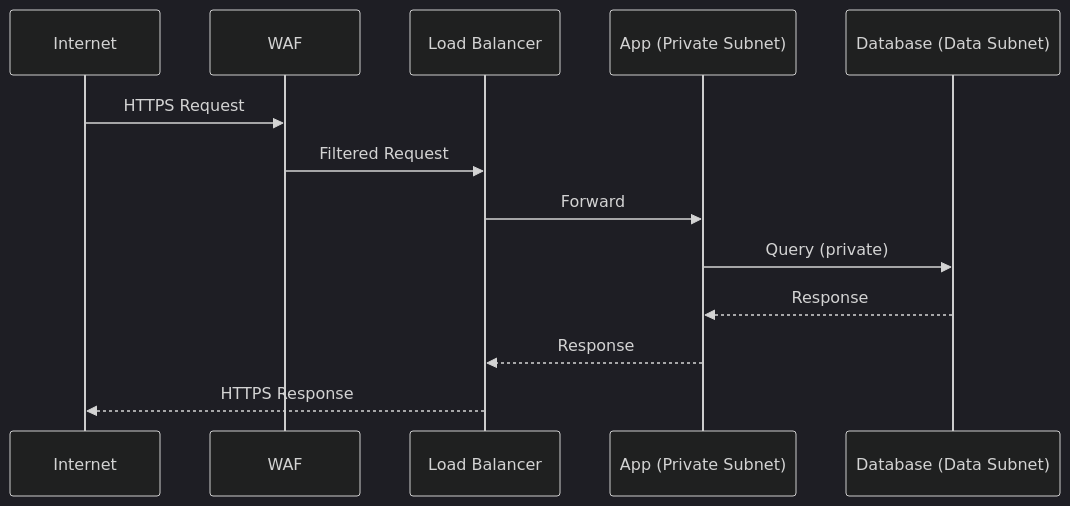
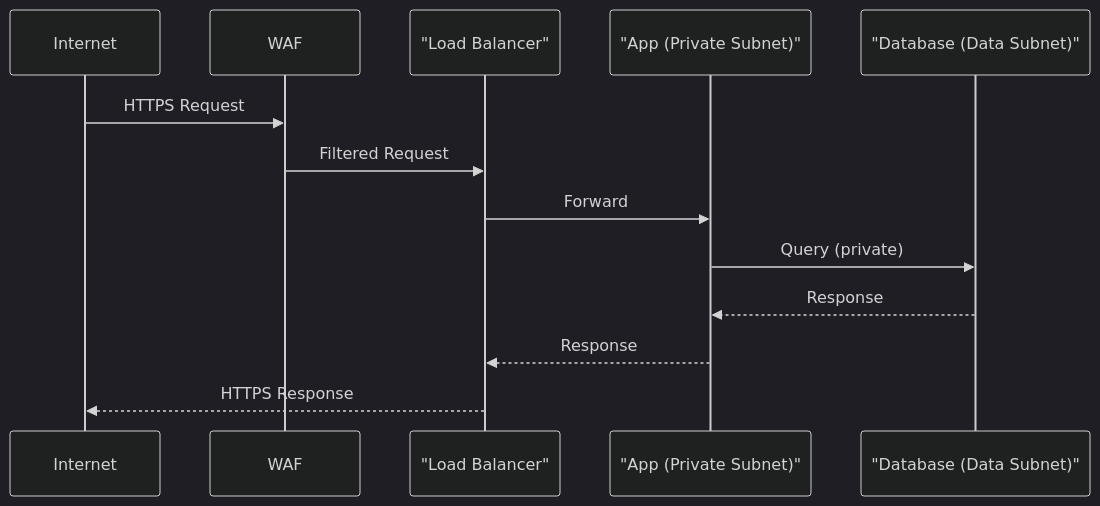
Before and after one commit to kiranbakale1talentica/terraform-sdd-framework: the second of 5 diagrams in templates/architecture.md, drawn with Mermaid (dark theme). The commit also changed other lines of this file and 21 other files, not shown here.

````diff
--- a/templates/architecture.md
+++ b/templates/architecture.md
@@ -151,16 +151,16 @@
 ```mermaid
 sequenceDiagram
     participant Internet
     participant WAF
-    participant ALB as Load Balancer
-    participant App as App (Private Subnet)
-    participant DB as Database (Data Subnet)
+    participant ALB as "Load Balancer"
+    participant App as "App (Private Subnet)"
+    participant DB as "Database (Data Subnet)"
 
     Internet->>WAF: HTTPS Request
     WAF->>ALB: Filtered Request
     ALB->>App: Forward
     App->>DB: Query (private)
     DB-->>App: Response
     App-->>ALB: Response
     ALB-->>Internet: HTTPS Response
 ```
````
